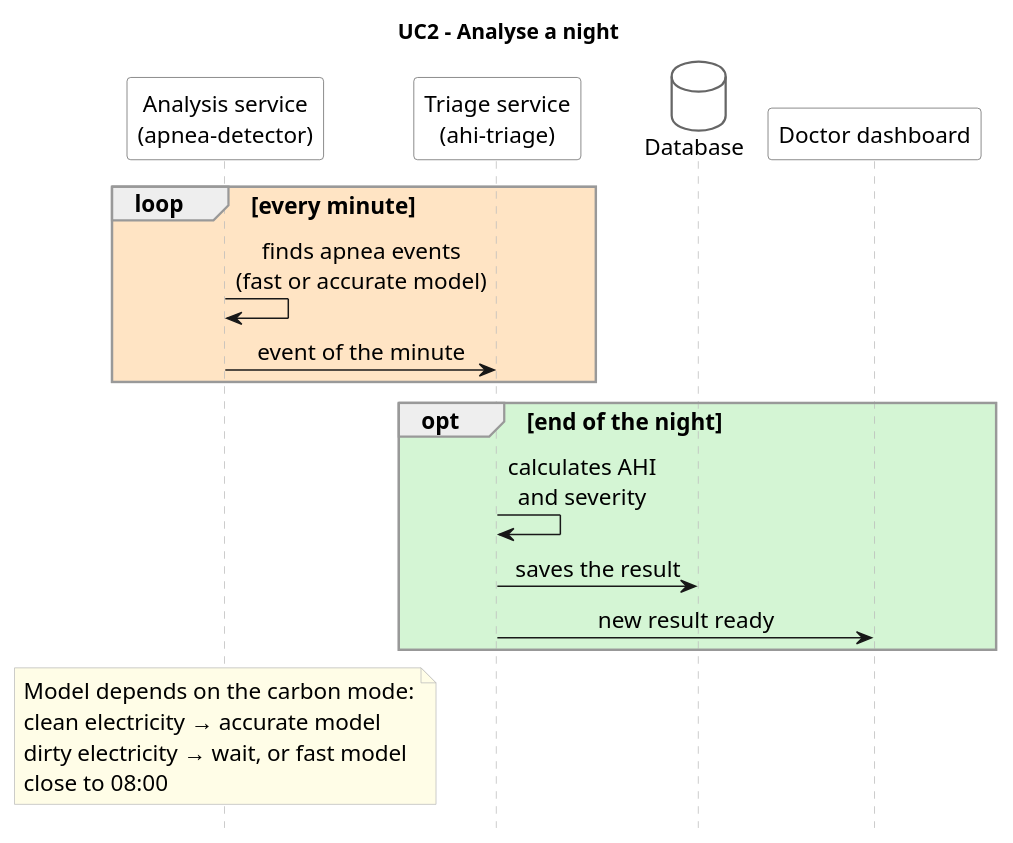
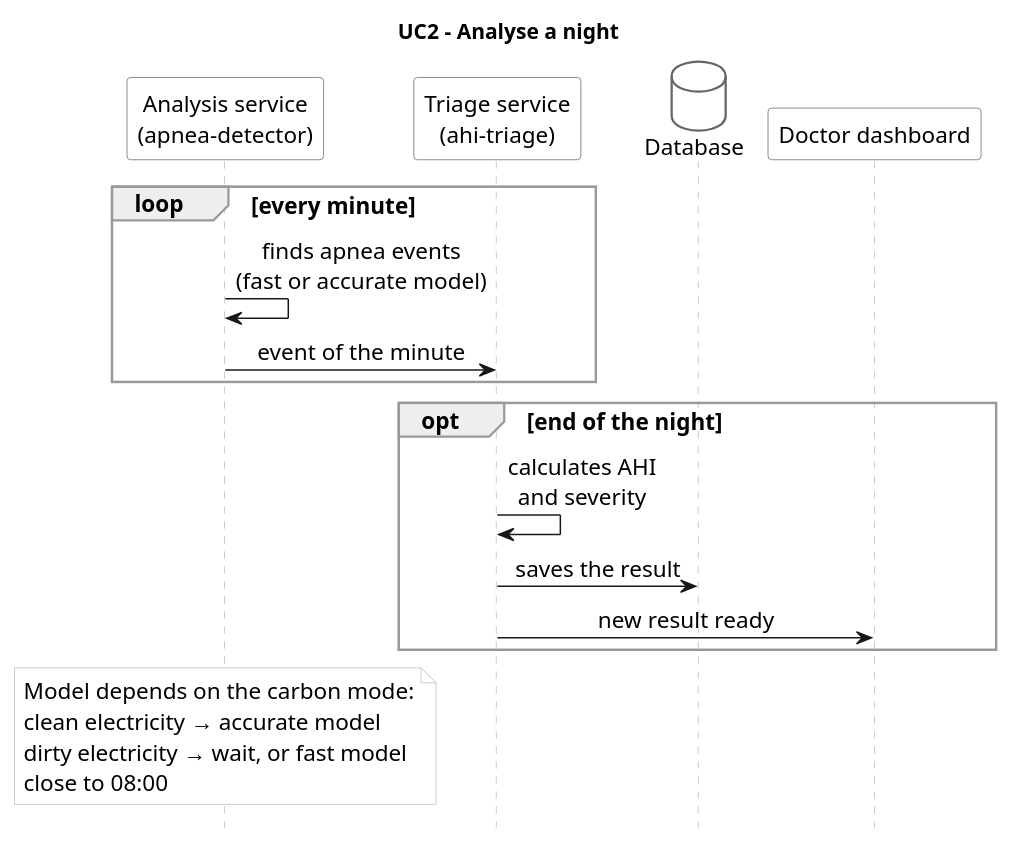
One commit to BarbaraKlimekTomatova/ACC1ILV-cloud-and-AI-infrastructure-for-sleep-apnea-detection- changed the diagram in diagrams/usecases/10.11_A_UC2-analyse-a-night_v1.puml. Above: the diagram before and after it, drawn with PlantUML. The commit also changed 12 other files, not shown here.

Commit message:
update usecase diagrams

```diff
--- a/diagrams/usecases/10.11_A_UC2-analyse-a-night_v1.puml
+++ b/diagrams/usecases/10.11_A_UC2-analyse-a-night_v1.puml
@@ -1,46 +1,46 @@
 @startuml UC2
 skinparam shadowing false
 skinparam defaultFontName Arial
 skinparam defaultFontSize 15
 skinparam sequenceMessageAlign center
 skinparam sequence {
   LifeLineBorderColor #BBBBBB
   ParticipantBorderColor #666666
   ParticipantBackgroundColor #FFFFFF
   ActorBorderColor #666666
   ActorBackgroundColor #FFFFFF
   GroupBorderColor #999999
 }
 skinparam database {
   BorderColor #666666
   BackgroundColor #FFFFFF
 }
 skinparam queue {
   BorderColor #666666
   BackgroundColor #FFFFFF
 }
 skinparam note {
   BorderColor #BBBBBB
-  BackgroundColor #FFFDE7
+  BackgroundColor #FFFFFF
 }
 hide footbox
 title UC2 – Analyse a night
 
 participant "Analysis service\n(apnea-detector)" as DET
 participant "Triage service\n(ahi-triage)" as TRI
 database "Database" as DB
 participant "Doctor dashboard" as DASH
 
-loop #FFE4C4 every minute
+loop every minute
   DET -> DET : finds apnea events\n(fast or accurate model)
   DET -> TRI : event of the minute
 end
 
-opt #D4F5D4 end of the night
+opt end of the night
   TRI -> TRI : calculates AHI\nand severity
   TRI -> DB : saves the result
   TRI -> DASH : new result ready
 end
 
 note over DET : Model depends on the carbon mode:\nclean electricity → accurate model\ndirty electricity → wait, or fast model\nclose to 08:00
 @enduml
```
